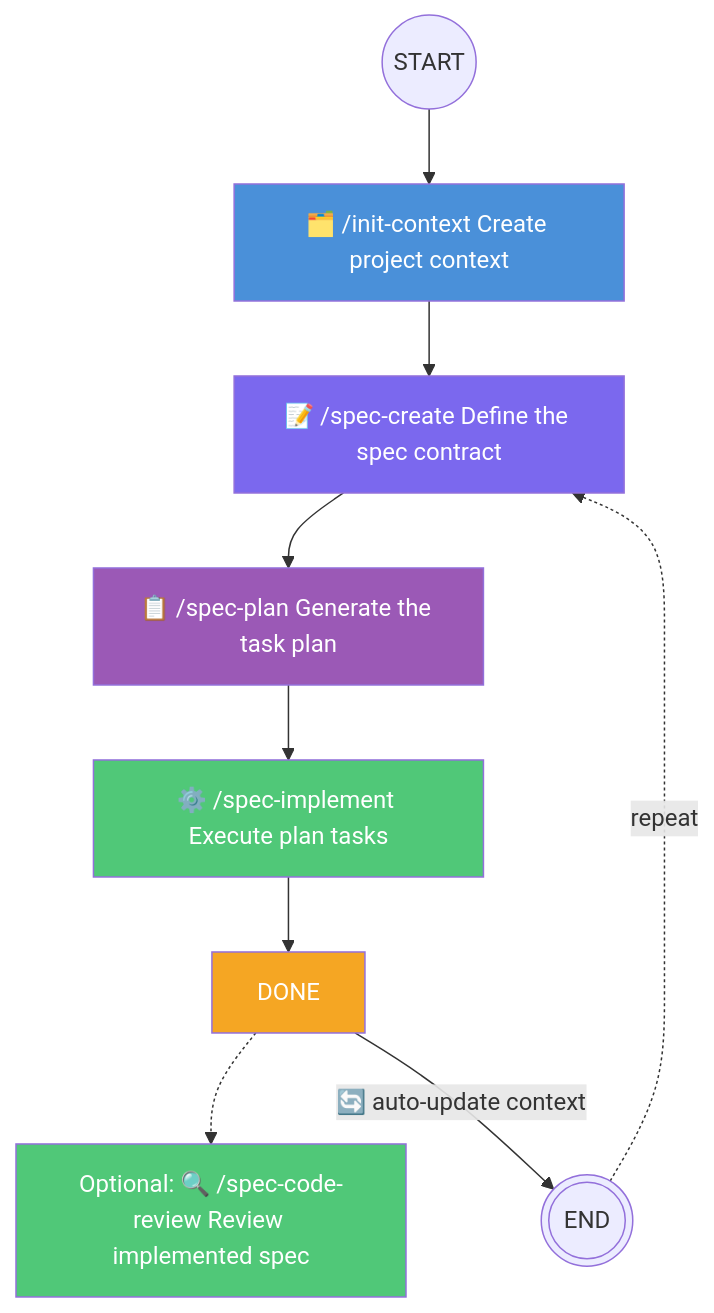
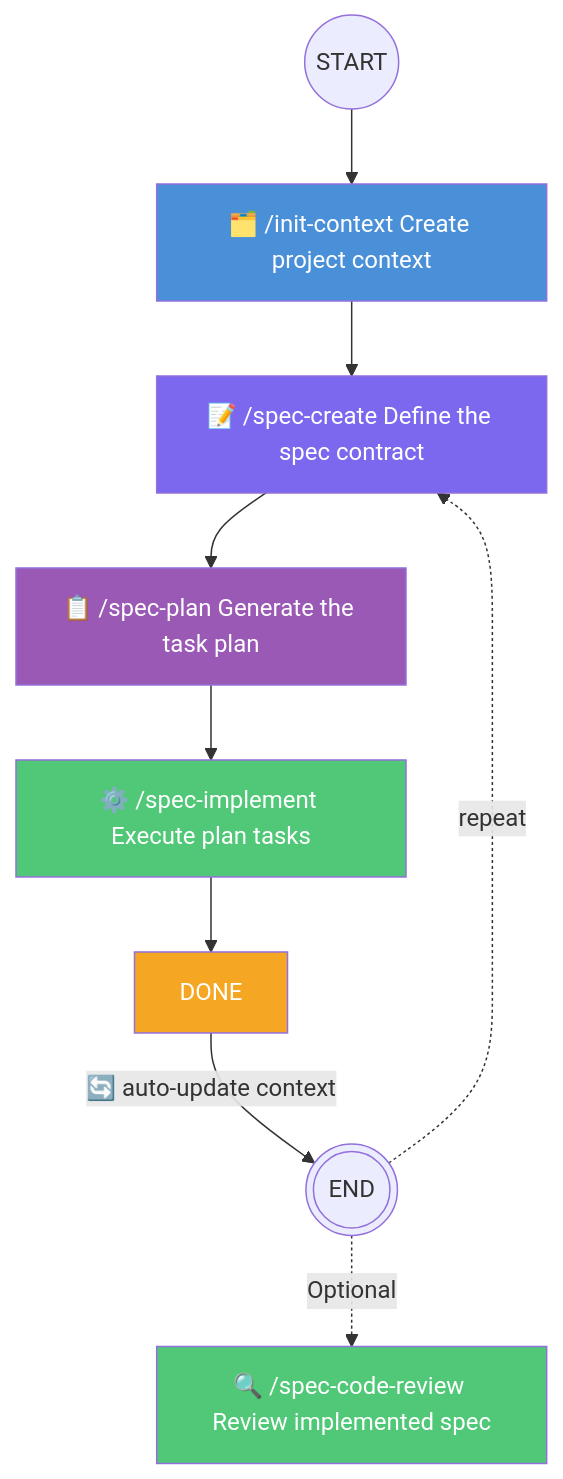
The first of 2 diagrams in README.md (AlessioScarfone/barespec), drawn with Mermaid before and after one commit.

````diff
--- a/README.md
+++ b/README.md
@@ -185,18 +185,17 @@
 ```mermaid
 flowchart TD
     START((START)) --> CTX["🗂️ /init-context Create project context"] --> SPEC
 
     SPEC["📝 /spec-create Define the spec contract"] --> PLAN
     PLAN["📋 /spec-plan Generate the task plan"] --> IMPL
     IMPL["⚙️ /spec-implement Execute plan tasks"] --> DONE
-    DONE -.-> CODE_REVIEW["Optional: 🔍 /spec-code-review Review implemented spec"]
-
     DONE -->|"🔄 auto-update context"| END(((END))) -.->|repeat| SPEC
+    END -.-> |Optional|CODE_REVIEW["🔍 /spec-code-review Review implemented spec"]
 
     style CTX fill:#4A90D9,color:#fff
     style SPEC fill:#7B68EE,color:#fff
     style PLAN fill:#9B59B6,color:#fff
     style IMPL fill:#50C878,color:#fff
     style CODE_REVIEW fill:#50C878,color:#fff
     style DONE fill:#F5A623,color:#fff
 ```
````
